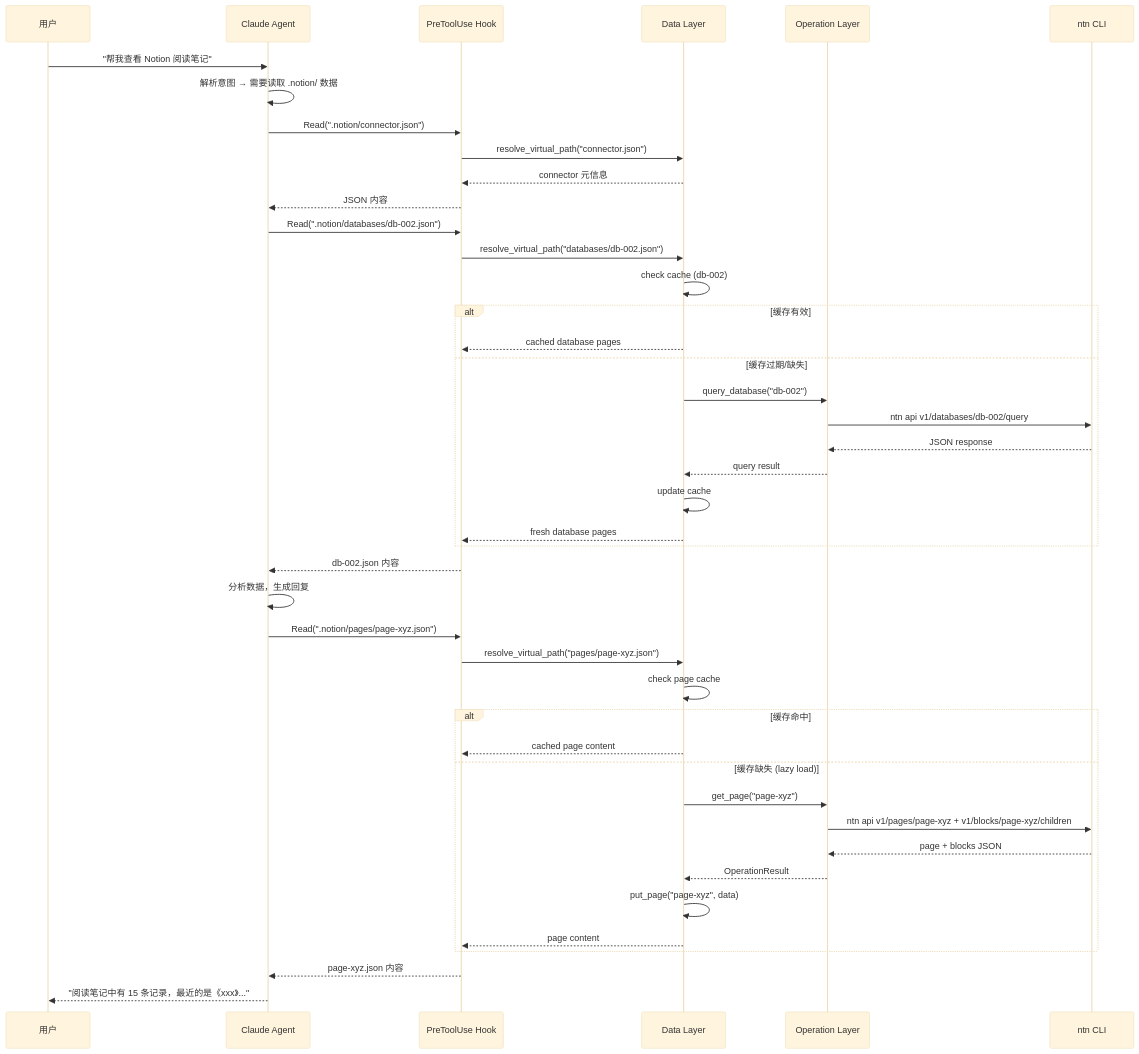
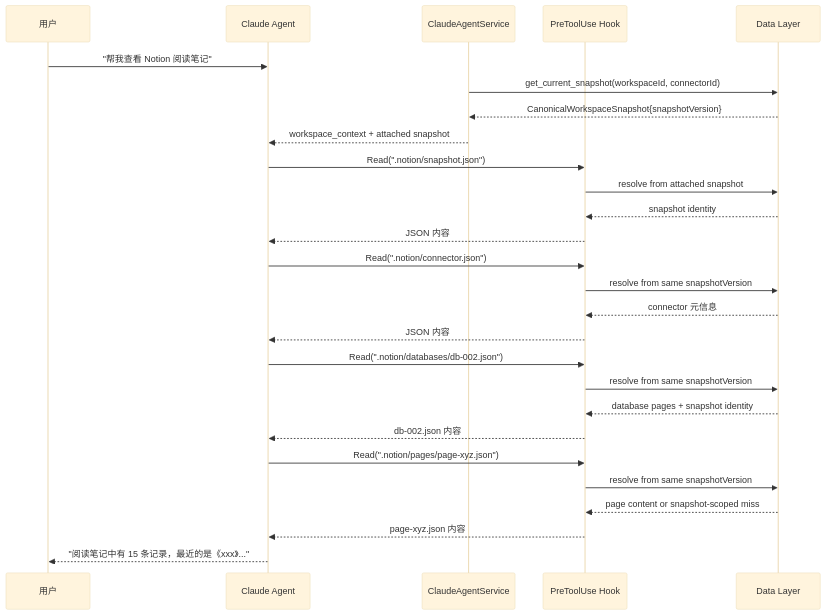
The ninth of 18 diagrams in docs/design/claude-agent/notion-point/resource-connector-flowcharts.md (glide-the/im-dream), drawn with Mermaid (base theme) before and after one commit. The commit also changed other lines of this file and 16 other files, not shown here.

First line of the commit message:
feat(notion): implement canonical snapshot and resource connector integration

````diff
--- a/docs/design/claude-agent/notion-point/resource-connector-flowcharts.md
+++ b/docs/design/claude-agent/notion-point/resource-connector-flowcharts.md
@@ -256,53 +248,35 @@
 ```mermaid
 sequenceDiagram
     participant User as 用户
     participant Agent as Claude Agent
+    participant Service as ClaudeAgentService
     participant Hook as PreToolUse Hook
     participant Data as Data Layer
-    participant Ops as Operation Layer
-    participant CLI as ntn CLI
 
     User->>Agent: "帮我查看 Notion 阅读笔记"
-    Agent->>Agent: 解析意图 → 需要读取 .notion/ 数据
+    Service->>Data: get_current_snapshot(workspaceId, connectorId)
+    Data-->>Service: CanonicalWorkspaceSnapshot{snapshotVersion}
+    Service-->>Agent: workspace_context + attached snapshot
+
+    Agent->>Hook: Read(".notion/snapshot.json")
+    Hook->>Data: resolve from attached snapshot
+    Data-->>Hook: snapshot identity
+    Hook-->>Agent: JSON 内容
 
     Agent->>Hook: Read(".notion/connector.json")
-    Hook->>Data: resolve_virtual_path("connector.json")
+    Hook->>Data: resolve from same snapshotVersion
     Data-->>Hook: connector 元信息
     Hook-->>Agent: JSON 内容
 
     Agent->>Hook: Read(".notion/databases/db-002.json")
-    Hook->>Data: resolve_virtual_path("databases/db-002.json")
-    Data->>Data: check cache (db-002)
-
-    alt 缓存有效
-        Data-->>Hook: cached database pages
-    else 缓存过期/缺失
-        Data->>Ops: query_database("db-002")
-        Ops->>CLI: ntn api v1/databases/db-002/query
-        CLI-->>Ops: JSON response
-        Ops-->>Data: query result
-        Data->>Data: update cache
-        Data-->>Hook: fresh database pages
-    end
-
+    Hook->>Data: resolve from same snapshotVersion
+    Data-->>Hook: database pages + snapshot identity
     Hook-->>Agent: db-002.json 内容
-    Agent->>Agent: 分析数据，生成回复
 
     Agent->>Hook: Read(".notion/pages/page-xyz.json")
-    Hook->>Data: resolve_virtual_path("pages/page-xyz.json")
-    Data->>Data: check page cache
+    Hook->>Data: resolve from same snapshotVersion
+    Data-->>Hook: page content or snapshot-scoped miss
+    Hook-->>Agent: page-xyz.json 内容
 
-    alt 缓存命中
-        Data-->>Hook: cached page content
-    else 缓存缺失 (lazy load)
-        Data->>Ops: get_page("page-xyz")
-        Ops->>CLI: ntn api v1/pages/page-xyz + v1/blocks/page-xyz/children
-        CLI-->>Ops: page + blocks JSON
-        Ops-->>Data: OperationResult
-        Data->>Data: put_page("page-xyz", data)
-        Data-->>Hook: page content
-    end
-
-    Hook-->>Agent: page-xyz.json 内容
     Agent-->>User: "阅读笔记中有 15 条记录，最近的是《xxx》..."
 ```
````
